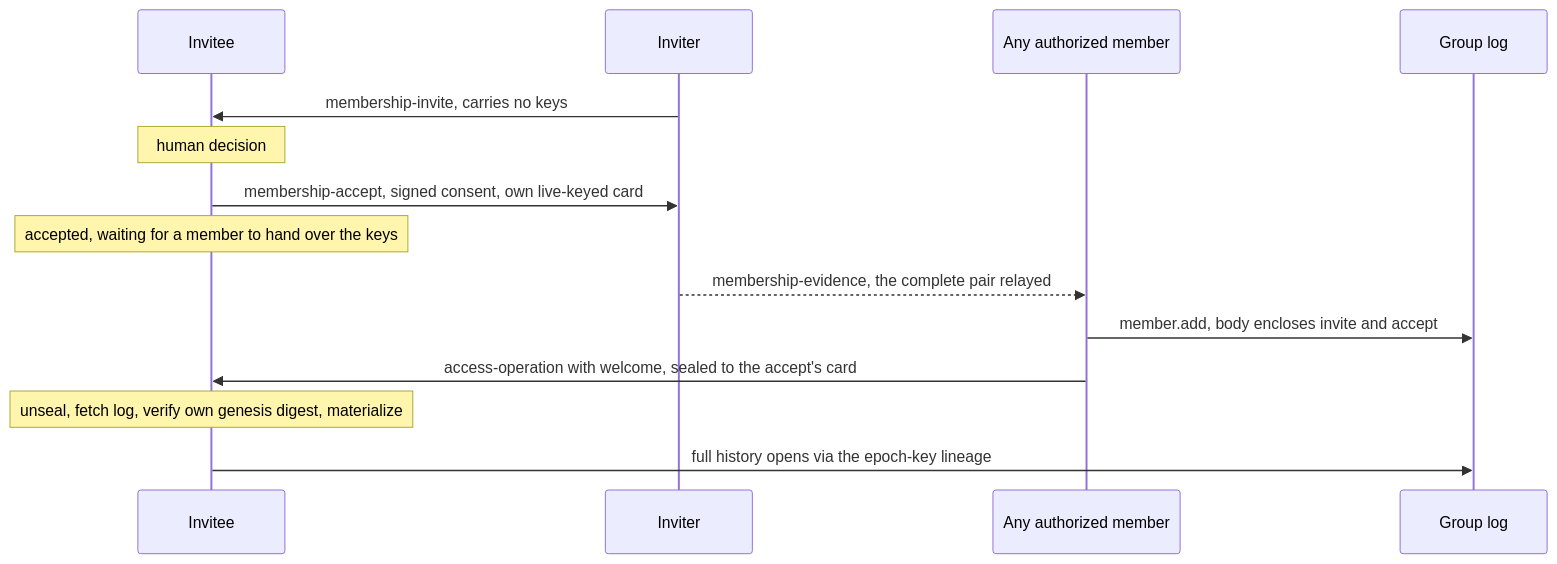
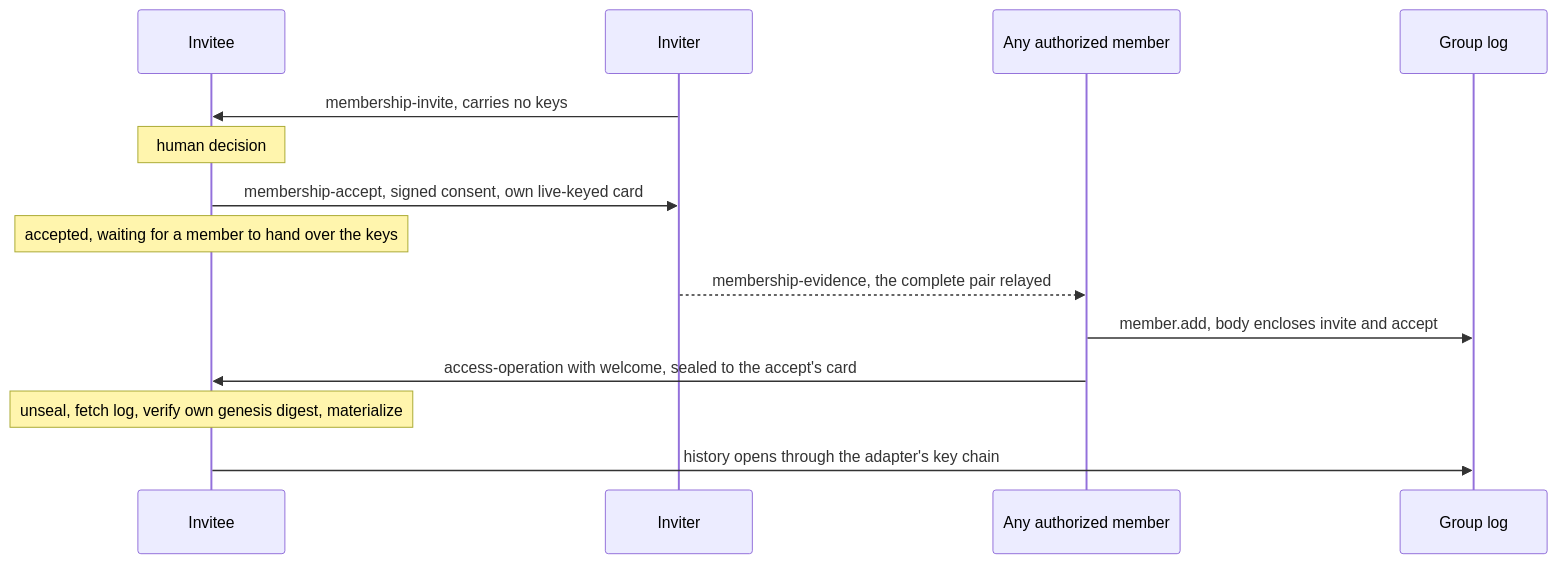
Before and after one commit to real-life-org/trust-protocol: the first of 2 diagrams in spec/membership-tasks.md, drawn with Mermaid. The commit also changed other lines of this file and 22 other files, not shown here.

````diff
--- a/spec/membership-tasks.md
+++ b/spec/membership-tasks.md
@@ -188,16 +133,16 @@
 ```mermaid
 sequenceDiagram
     participant I as Invitee
     participant V as Inviter
     participant M as Any authorized member
     participant L as Group log
     V->>I: membership-invite, carries no keys
     Note over I: human decision
     I->>V: membership-accept, signed consent, own live-keyed card
     Note over I: accepted, waiting for a member to hand over the keys
     V-->>M: membership-evidence, the complete pair relayed
     M->>L: member.add, body encloses invite and accept
     M->>I: access-operation with welcome, sealed to the accept's card
     Note over I: unseal, fetch log, verify own genesis digest, materialize
-    I->>L: full history opens via the epoch-key lineage
+    I->>L: history opens through the adapter's key chain
 ```
````
